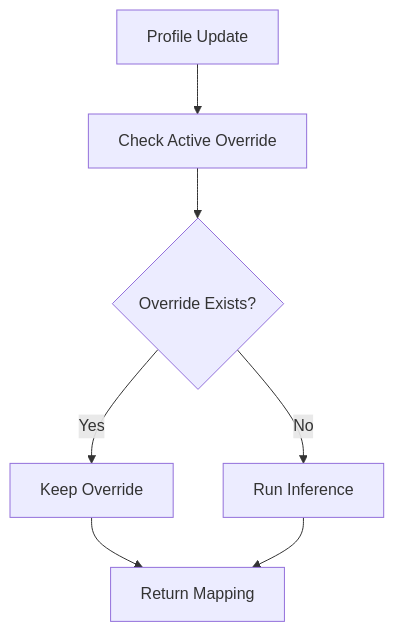
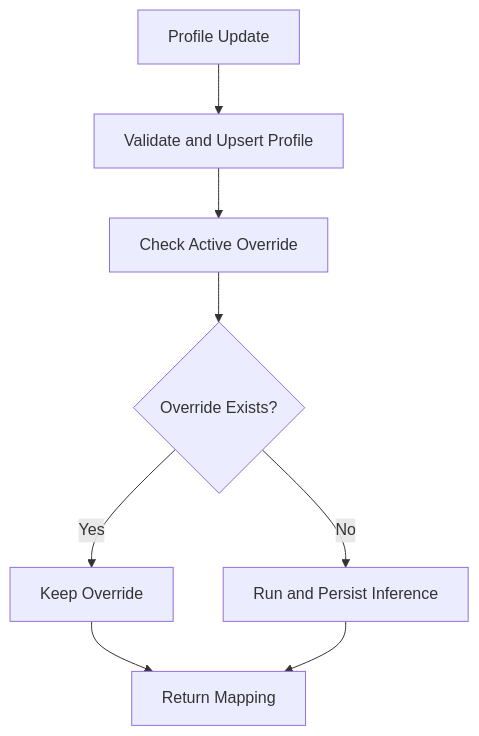
One commit to Aheal/role-inference-service changed the second of 4 diagrams in README.md. Above: the diagram before and after it, drawn with Mermaid. The commit also changed other lines of this file, not shown here.

````diff
--- a/README.md
+++ b/README.md
@@ -119,9 +120,10 @@
 ```mermaid
 flowchart TD
-  A["Profile Update"] --> B["Check Active Override"]
-  B --> C{"Override Exists?"}
-  C -- "Yes" --> D["Keep Override"]
-  C -- "No" --> E["Run Inference"]
-  D --> F["Return Mapping"]
-  E --> F
+  A["Profile Update"] --> B["Validate and Upsert Profile"]
+  B --> C["Check Active Override"]
+  C --> D{"Override Exists?"}
+  D -- "Yes" --> E["Keep Override"]
+  D -- "No" --> F["Run and Persist Inference"]
+  E --> G["Return Mapping"]
+  F --> G
 ```
````
